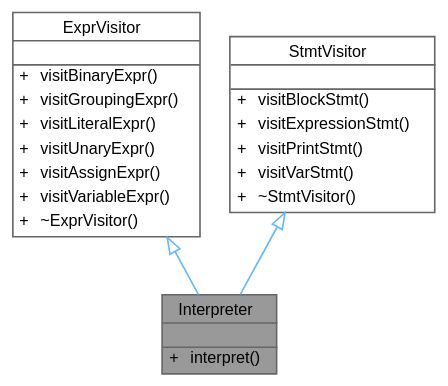
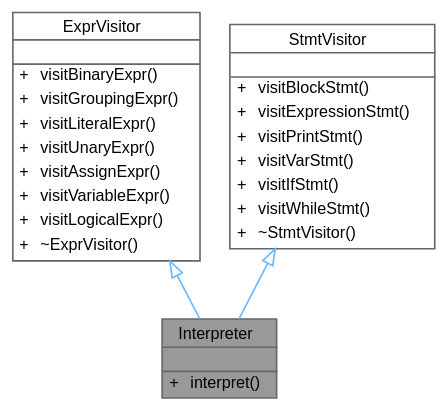
Before and after one commit to helcsnewsxd/gsc-interpreter: the diagram in classInterpreter__inherit__graph.dot, drawn with Graphviz. The commit also changed 87 other files, not shown here.

```diff
--- a/classInterpreter__inherit__graph.dot
+++ b/classInterpreter__inherit__graph.dot
@@ -1,40 +1,43 @@
 digraph "Interpreter"
 {
  // LATEX_PDF_SIZE
   bgcolor="transparent";
   edge [fontname=Helvetica,fontsize=10,labelfontname=Helvetica,labelfontsize=10];
   node [fontname=Helvetica,fontsize=10,shape=box,height=0.2,width=0.4];
   Node1 [id="Node000001",shape=plain,label=<<TABLE CELLBORDER="0" BORDER="1"><TR><TD COLSPAN="2" CELLPADDING="1" CELLSPACING="0">Interpreter</TD></TR>
 <HR/>
 <TR><TD COLSPAN="2" CELLPADDING="1" CELLSPACING="0">&nbsp;</TD></TR>
 <HR/>
 <TR><TD VALIGN="top" CELLPADDING="1" CELLSPACING="0">+</TD><TD VALIGN="top" ALIGN="LEFT" CELLPADDING="1" CELLSPACING="0">interpret()<BR ALIGN="LEFT"/></TD></TR>
 </TABLE>>
 ,height=0.2,width=0.4,color="gray40", fillcolor="grey60", style="filled", fontcolor="black",tooltip="The Interpreter class evaluates statements and expressions in the GSC."];
   Node2 -> Node1 [id="edge1_Node000001_Node000002",dir="back",color="steelblue1",style="solid",tooltip=" ",arrowtail="onormal"];
   Node2 [id="Node000002",shape=plain,label=<<TABLE CELLBORDER="0" BORDER="1"><TR><TD COLSPAN="2" CELLPADDING="1" CELLSPACING="0">ExprVisitor</TD></TR>
 <HR/>
 <TR><TD COLSPAN="2" CELLPADDING="1" CELLSPACING="0">&nbsp;</TD></TR>
 <HR/>
 <TR><TD VALIGN="top" CELLPADDING="1" CELLSPACING="0">+</TD><TD VALIGN="top" ALIGN="LEFT" CELLPADDING="1" CELLSPACING="0">visitBinaryExpr()<BR ALIGN="LEFT"/></TD></TR>
 <TR><TD VALIGN="top" CELLPADDING="1" CELLSPACING="0">+</TD><TD VALIGN="top" ALIGN="LEFT" CELLPADDING="1" CELLSPACING="0">visitGroupingExpr()<BR ALIGN="LEFT"/></TD></TR>
 <TR><TD VALIGN="top" CELLPADDING="1" CELLSPACING="0">+</TD><TD VALIGN="top" ALIGN="LEFT" CELLPADDING="1" CELLSPACING="0">visitLiteralExpr()<BR ALIGN="LEFT"/></TD></TR>
 <TR><TD VALIGN="top" CELLPADDING="1" CELLSPACING="0">+</TD><TD VALIGN="top" ALIGN="LEFT" CELLPADDING="1" CELLSPACING="0">visitUnaryExpr()<BR ALIGN="LEFT"/></TD></TR>
 <TR><TD VALIGN="top" CELLPADDING="1" CELLSPACING="0">+</TD><TD VALIGN="top" ALIGN="LEFT" CELLPADDING="1" CELLSPACING="0">visitAssignExpr()<BR ALIGN="LEFT"/></TD></TR>
 <TR><TD VALIGN="top" CELLPADDING="1" CELLSPACING="0">+</TD><TD VALIGN="top" ALIGN="LEFT" CELLPADDING="1" CELLSPACING="0">visitVariableExpr()<BR ALIGN="LEFT"/></TD></TR>
+<TR><TD VALIGN="top" CELLPADDING="1" CELLSPACING="0">+</TD><TD VALIGN="top" ALIGN="LEFT" CELLPADDING="1" CELLSPACING="0">visitLogicalExpr()<BR ALIGN="LEFT"/></TD></TR>
 <TR><TD VALIGN="top" CELLPADDING="1" CELLSPACING="0">+</TD><TD VALIGN="top" ALIGN="LEFT" CELLPADDING="1" CELLSPACING="0">~ExprVisitor()<BR ALIGN="LEFT"/></TD></TR>
 </TABLE>>
 ,height=0.2,width=0.4,color="gray40", fillcolor="white", style="filled",URL="$classExprVisitor.html",tooltip="Abstract base class for expression visitors."];
   Node3 -> Node1 [id="edge2_Node000001_Node000003",dir="back",color="steelblue1",style="solid",tooltip=" ",arrowtail="onormal"];
   Node3 [id="Node000003",shape=plain,label=<<TABLE CELLBORDER="0" BORDER="1"><TR><TD COLSPAN="2" CELLPADDING="1" CELLSPACING="0">StmtVisitor</TD></TR>
 <HR/>
 <TR><TD COLSPAN="2" CELLPADDING="1" CELLSPACING="0">&nbsp;</TD></TR>
 <HR/>
 <TR><TD VALIGN="top" CELLPADDING="1" CELLSPACING="0">+</TD><TD VALIGN="top" ALIGN="LEFT" CELLPADDING="1" CELLSPACING="0">visitBlockStmt()<BR ALIGN="LEFT"/></TD></TR>
 <TR><TD VALIGN="top" CELLPADDING="1" CELLSPACING="0">+</TD><TD VALIGN="top" ALIGN="LEFT" CELLPADDING="1" CELLSPACING="0">visitExpressionStmt()<BR ALIGN="LEFT"/></TD></TR>
 <TR><TD VALIGN="top" CELLPADDING="1" CELLSPACING="0">+</TD><TD VALIGN="top" ALIGN="LEFT" CELLPADDING="1" CELLSPACING="0">visitPrintStmt()<BR ALIGN="LEFT"/></TD></TR>
 <TR><TD VALIGN="top" CELLPADDING="1" CELLSPACING="0">+</TD><TD VALIGN="top" ALIGN="LEFT" CELLPADDING="1" CELLSPACING="0">visitVarStmt()<BR ALIGN="LEFT"/></TD></TR>
+<TR><TD VALIGN="top" CELLPADDING="1" CELLSPACING="0">+</TD><TD VALIGN="top" ALIGN="LEFT" CELLPADDING="1" CELLSPACING="0">visitIfStmt()<BR ALIGN="LEFT"/></TD></TR>
+<TR><TD VALIGN="top" CELLPADDING="1" CELLSPACING="0">+</TD><TD VALIGN="top" ALIGN="LEFT" CELLPADDING="1" CELLSPACING="0">visitWhileStmt()<BR ALIGN="LEFT"/></TD></TR>
 <TR><TD VALIGN="top" CELLPADDING="1" CELLSPACING="0">+</TD><TD VALIGN="top" ALIGN="LEFT" CELLPADDING="1" CELLSPACING="0">~StmtVisitor()<BR ALIGN="LEFT"/></TD></TR>
 </TABLE>>
 ,height=0.2,width=0.4,color="gray40", fillcolor="white", style="filled",URL="$classStmtVisitor.html",tooltip="Abstract base class for statement visitors."];
 }
```
